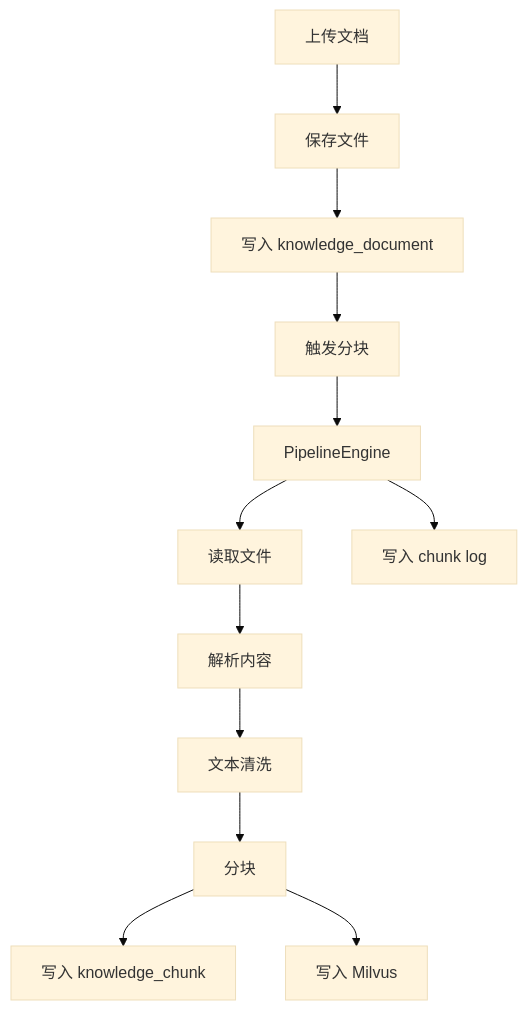
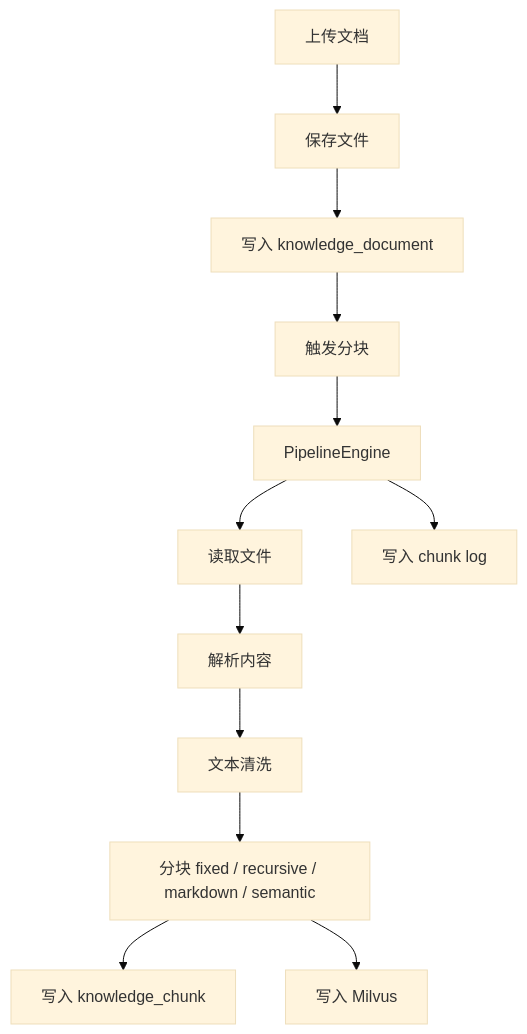
The fifth of 7 diagrams in README.md (Vantasy123/Ragent-python), drawn with Mermaid (base theme) before and after one commit. The commit also changed other lines of this file and 11 other files, not shown here.

````diff
--- a/README.md
+++ b/README.md
@@ -264,14 +271,14 @@
 ```mermaid
 flowchart TD
     Upload["上传文档"] --> Store["保存文件"]
     Store --> DocRow["写入 knowledge_document"]
     DocRow --> ChunkAPI["触发分块"]
     ChunkAPI --> Engine["PipelineEngine"]
     Engine --> Fetcher["读取文件"]
     Fetcher --> Parser["解析内容"]
     Parser --> Clean["文本清洗"]
-    Clean --> Chunker["分块"]
+    Clean --> Chunker["分块 fixed / recursive / markdown / semantic"]
     Chunker --> ChunkRows["写入 knowledge_chunk"]
     Chunker --> Indexer["写入 Milvus"]
     Engine --> Log["写入 chunk log"]
 ```
````
